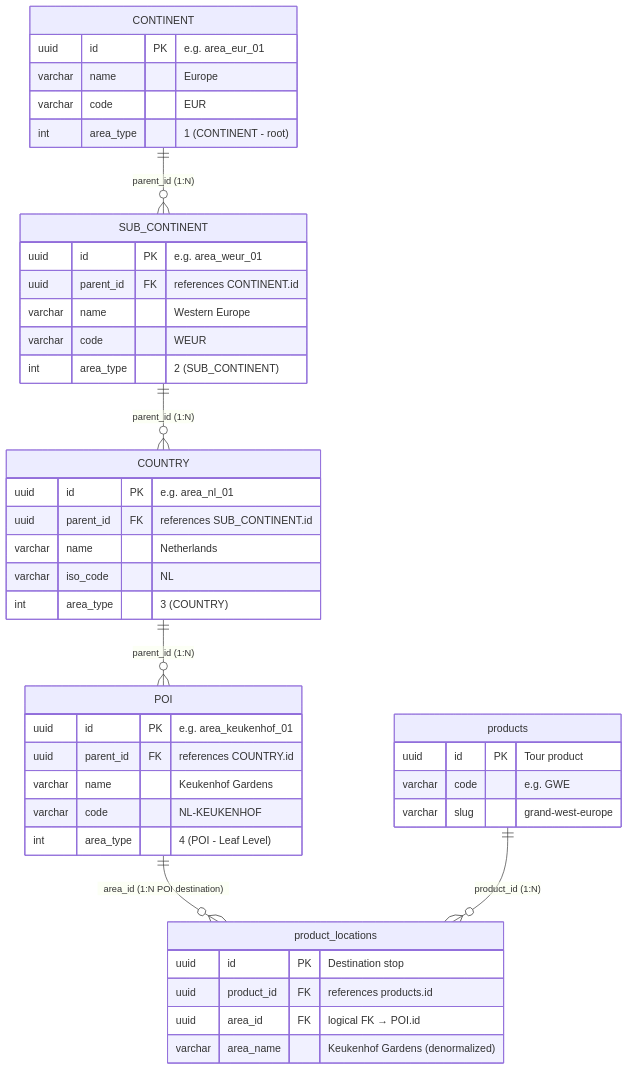
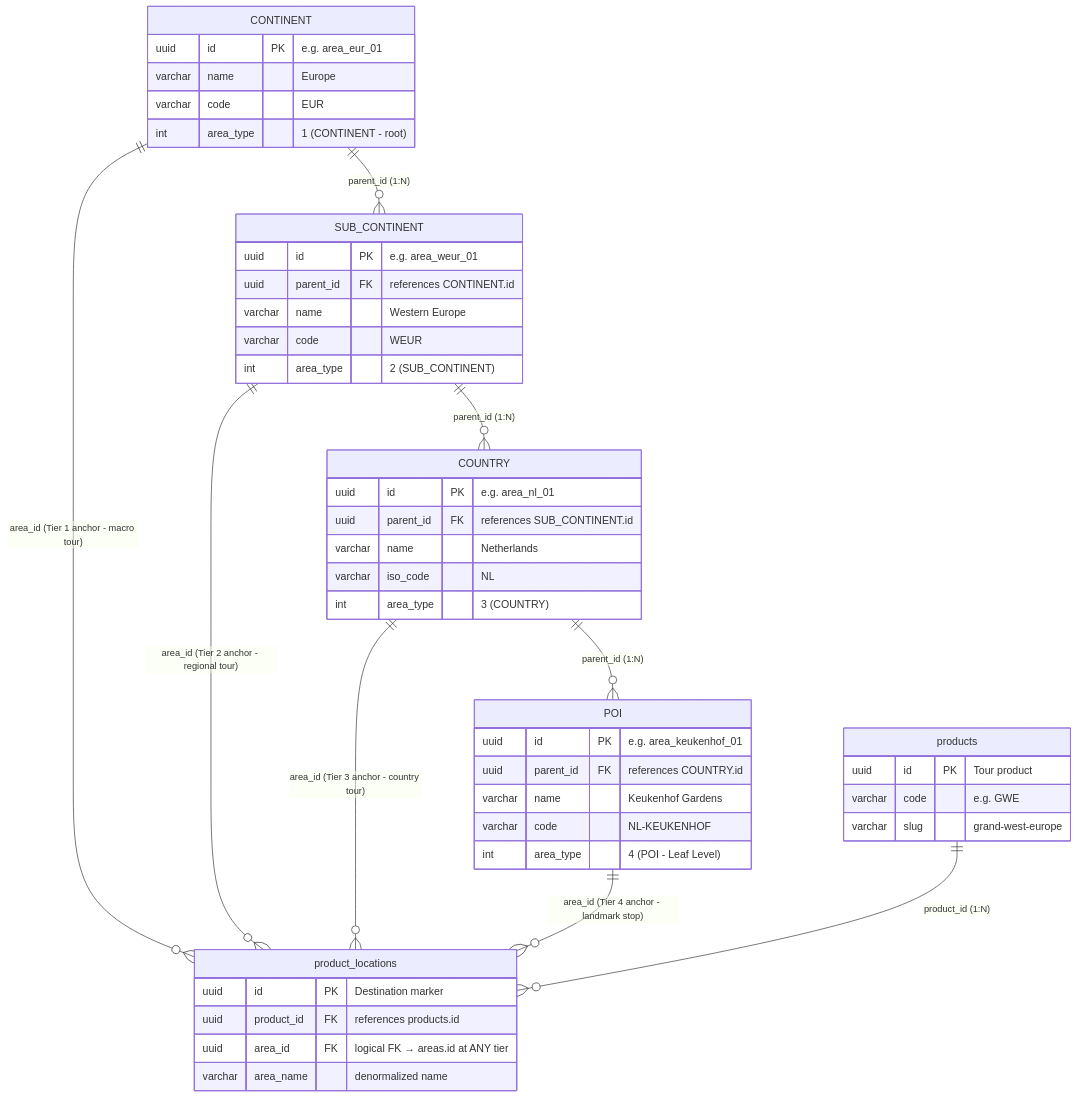
The second of 3 diagrams in technical/area-technical-design.md (Haris-saifudin/hobiholidays-documentations), drawn with Mermaid before and after one commit. The commit also changed other lines of this file and 15 other files, not shown here.

````diff
--- a/technical/area-technical-design.md
+++ b/technical/area-technical-design.md
@@ -216,52 +224,56 @@
 ```mermaid
 erDiagram
     CONTINENT     ||--o{ SUB_CONTINENT : "parent_id (1:N)"
     SUB_CONTINENT ||--o{ COUNTRY       : "parent_id (1:N)"
     COUNTRY       ||--o{ POI           : "parent_id (1:N)"
-    POI           ||--o{ product_locations : "area_id (1:N POI destination)"
+    
+    CONTINENT     ||--o{ product_locations : "area_id (Tier 1 anchor - macro tour)"
+    SUB_CONTINENT ||--o{ product_locations : "area_id (Tier 2 anchor - regional tour)"
+    COUNTRY       ||--o{ product_locations : "area_id (Tier 3 anchor - country tour)"
+    POI           ||--o{ product_locations : "area_id (Tier 4 anchor - landmark stop)"
     products      ||--o{ product_locations : "product_id (1:N)"
 
     CONTINENT {
         uuid    id          PK "e.g. area_eur_01"
         varchar name        "Europe"
         varchar code        "EUR"
         int     area_type   "1 (CONTINENT - root)"
     }
 
     SUB_CONTINENT {
         uuid    id          PK "e.g. area_weur_01"
         uuid    parent_id   FK "references CONTINENT.id"
         varchar name        "Western Europe"
         varchar code        "WEUR"
         int     area_type   "2 (SUB_CONTINENT)"
     }
 
     COUNTRY {
         uuid    id          PK "e.g. area_nl_01"
         uuid    parent_id   FK "references SUB_CONTINENT.id"
         varchar name        "Netherlands"
         varchar iso_code    "NL"
         int     area_type   "3 (COUNTRY)"
     }
 
     POI {
         uuid    id          PK "e.g. area_keukenhof_01"
         uuid    parent_id   FK "references COUNTRY.id"
         varchar name        "Keukenhof Gardens"
         varchar code        "NL-KEUKENHOF"
         int     area_type   "4 (POI - Leaf Level)"
     }
 
     product_locations {
-        uuid    id          PK "Destination stop"
+        uuid    id          PK "Destination marker"
         uuid    product_id  FK "references products.id"
-        uuid    area_id     FK "logical FK → POI.id"
-        varchar area_name   "Keukenhof Gardens (denormalized)"
+        uuid    area_id     FK "logical FK → areas.id at ANY tier"
+        varchar area_name   "denormalized name"
     }
 
     products {
         uuid    id          PK "Tour product"
         varchar code        "e.g. GWE"
         varchar slug        "grand-west-europe"
     }
 ```
````
